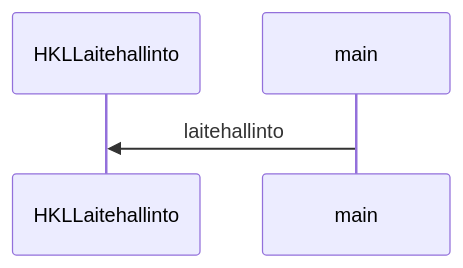
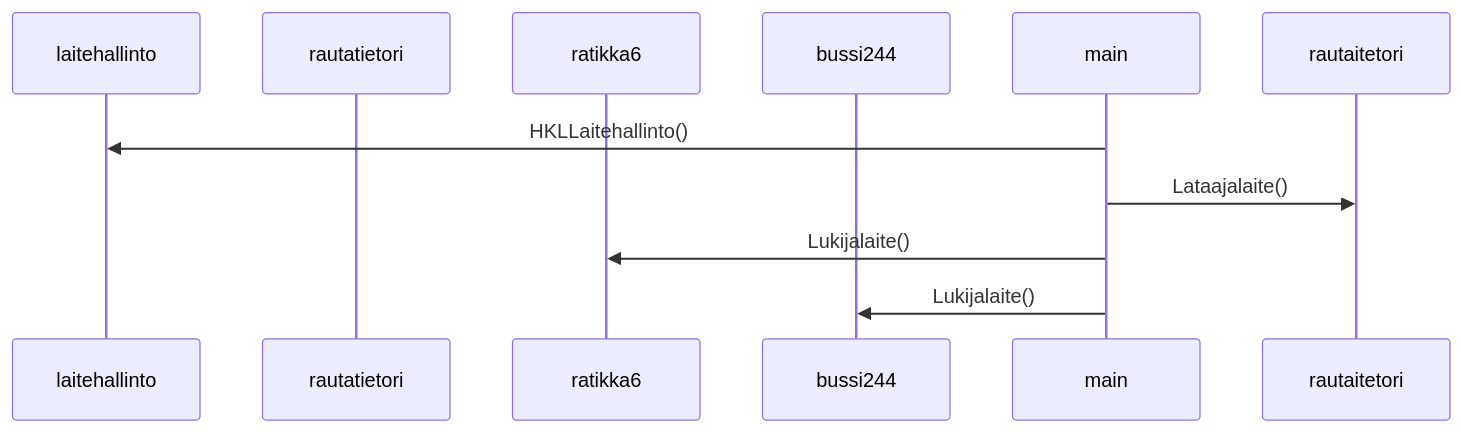
One commit to annica-henriette/ot-harjoitustyo changed the diagram in laskarit/viikko3/sekvenssikaavio.md. Above: the diagram before and after it, drawn with Mermaid.

Commit message:
added sequence diagram

````diff
--- a/laskarit/viikko3/sekvenssikaavio.md
+++ b/laskarit/viikko3/sekvenssikaavio.md
@@ -1,6 +1,12 @@
 ```mermaid
 sequenceDiagram
-    participant HKLLaitehallinto
+    participant laitehallinto
+    participant rautatietori
+    participant ratikka6
+    participant bussi244
 
-    main->>HKLLaitehallinto: laitehallinto
+    main->>laitehallinto: HKLLaitehallinto()
+    main->>rautaitetori: Lataajalaite()
+    main->>ratikka6: Lukijalaite()
+    main->>bussi244: Lukijalaite()
 ```
````
